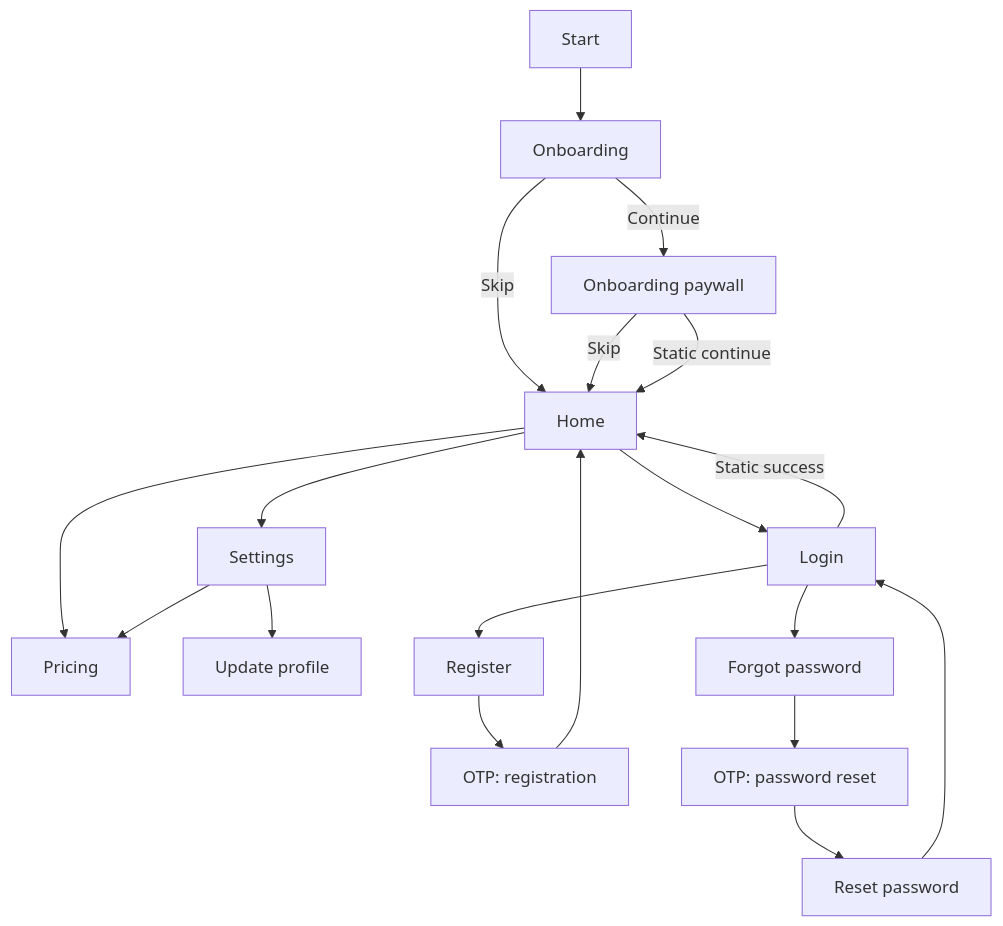
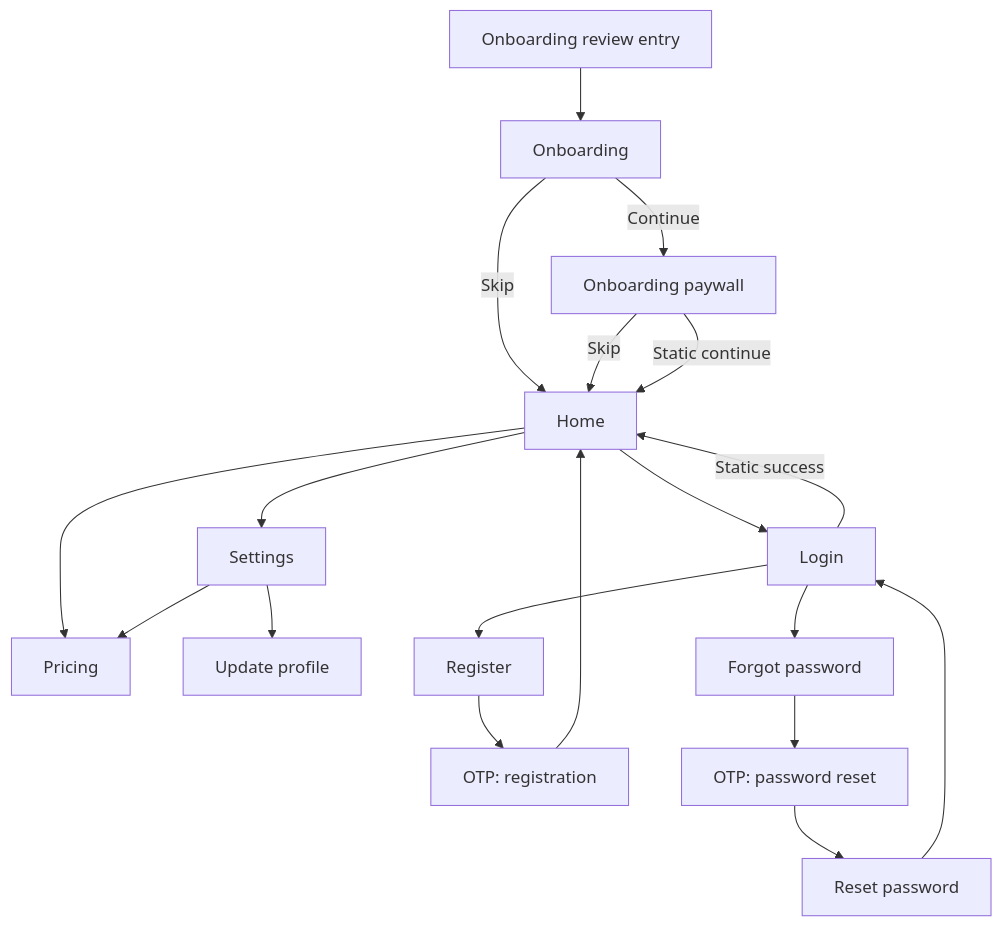
Before and after one commit to hmziqrs/flutter-starter: the diagram in plans/initial_ui.md, drawn with Mermaid. The commit also changed other lines of this file and 1 other file, not shown here.

````diff
--- a/plans/initial_ui.md
+++ b/plans/initial_ui.md
@@ -118,26 +142,26 @@
 ```mermaid
 flowchart TD
-    Start["Start"] --> Onboarding["Onboarding"]
+    ReviewEntry["Onboarding review entry"] --> Onboarding["Onboarding"]
     Onboarding -->|"Continue"| Paywall["Onboarding paywall"]
     Onboarding -->|"Skip"| Home["Home"]
     Paywall -->|"Skip"| Home
     Paywall -->|"Static continue"| Home
 
     Home --> Settings["Settings"]
     Home --> Pricing["Pricing"]
     Home --> Login["Login"]
 
     Settings --> Profile["Update profile"]
     Settings --> Pricing
 
     Login --> Register["Register"]
     Login --> Forgot["Forgot password"]
     Login -->|"Static success"| Home
 
     Register --> RegisterOtp["OTP: registration"]
     RegisterOtp --> Home
 
     Forgot --> ResetOtp["OTP: password reset"]
     ResetOtp --> Reset["Reset password"]
     Reset --> Login
 ```
````
